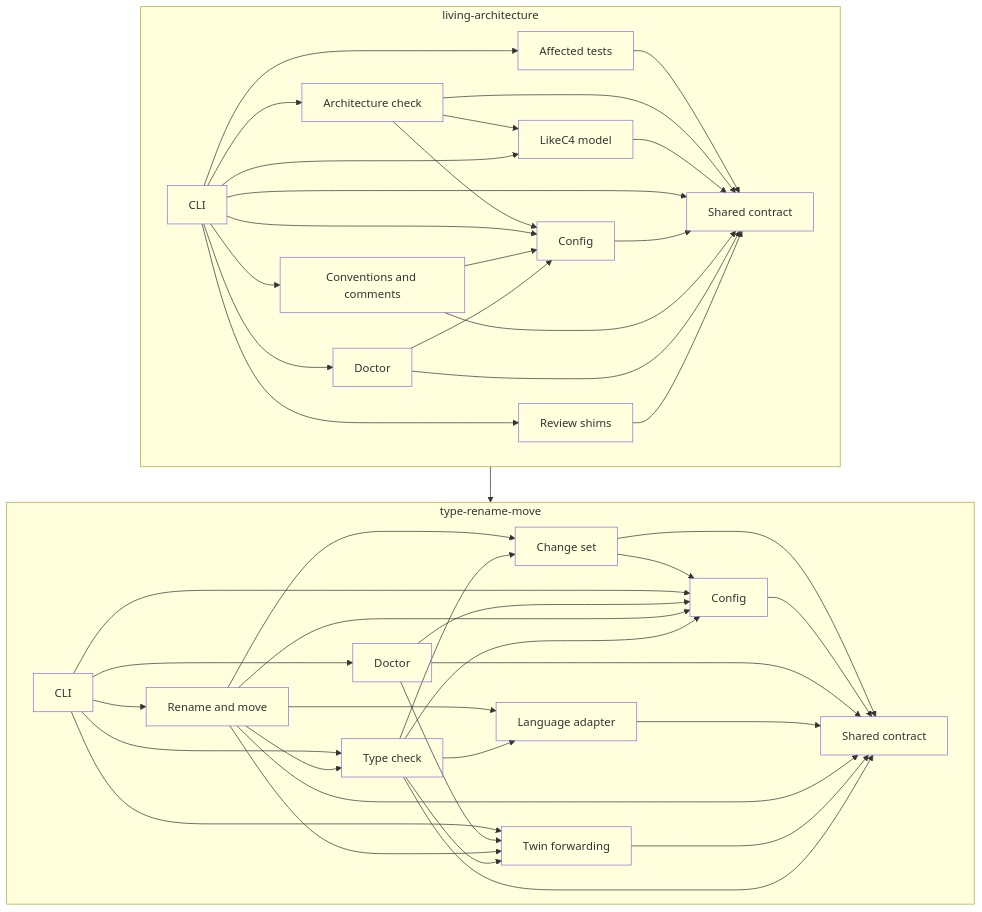
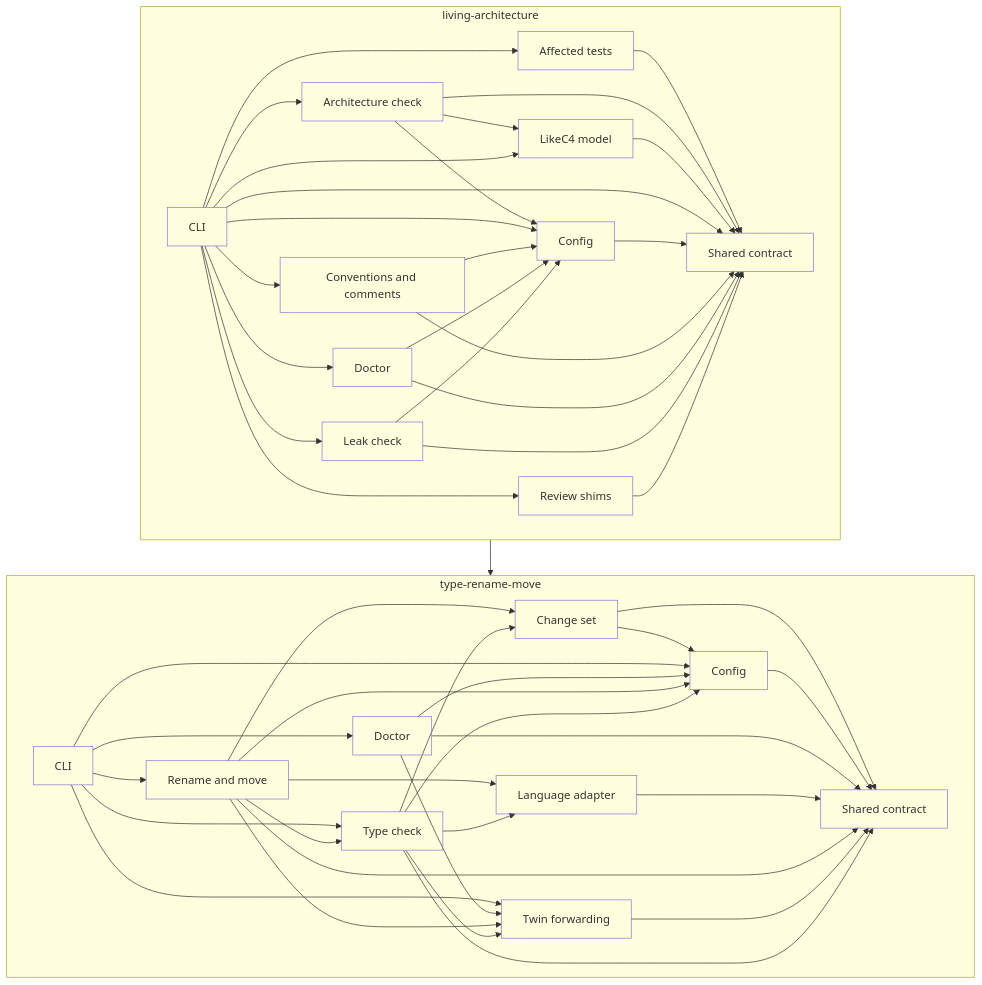
Before and after one commit to MotleyAI/living-architecture: the first of 2 diagrams in architecture/system.arc42.md, drawn with Mermaid. The commit also changed other lines of this file and 136 other files, not shown here.

````diff
--- a/architecture/system.arc42.md
+++ b/architecture/system.arc42.md
@@ -15,72 +15,76 @@
 ```mermaid
 flowchart TD
   %% system: Living-architecture commands
   subgraph trmv["type-rename-move"]
     trmv__contract["Shared contract"]
     trmv__config["Config"]
     trmv__lang["Language adapter"]
     trmv__twin["Twin forwarding"]
     trmv__changes["Change set"]
     trmv__typecheck["Type check"]
     trmv__refactor["Rename and move"]
     trmv__doctor["Doctor"]
     trmv__cli["CLI"]
   end
   subgraph la["living-architecture"]
     la__contract["Shared contract"]
     la__config["Config"]
     la__cli["CLI"]
     la__c4["LikeC4 model"]
     la__archcheck["Architecture check"]
     la__conventions["Conventions and comments"]
     la__review["Review shims"]
     la__doctor["Doctor"]
     la__affected["Affected tests"]
+    la__leaks["Leak check"]
   end
   la --> trmv
   trmv__changes --> trmv__config
   trmv__changes --> trmv__contract
   trmv__cli --> trmv__config
   trmv__cli --> trmv__doctor
   trmv__cli --> trmv__refactor
   trmv__cli --> trmv__twin
   trmv__cli --> trmv__typecheck
   trmv__config --> trmv__contract
   trmv__doctor --> trmv__config
   trmv__doctor --> trmv__contract
   trmv__doctor --> trmv__twin
   trmv__lang --> trmv__contract
   trmv__refactor --> trmv__changes
   trmv__refactor --> trmv__config
   trmv__refactor --> trmv__contract
   trmv__refactor --> trmv__lang
   trmv__refactor --> trmv__twin
   trmv__refactor --> trmv__typecheck
   trmv__twin --> trmv__contract
   trmv__typecheck --> trmv__changes
   trmv__typecheck --> trmv__config
   trmv__typecheck --> trmv__contract
   trmv__typecheck --> trmv__lang
   trmv__typecheck --> trmv__twin
   la__affected --> la__contract
   la__archcheck --> la__c4
   la__archcheck --> la__config
   la__archcheck --> la__contract
   la__c4 --> la__contract
   la__cli --> la__affected
   la__cli --> la__archcheck
   la__cli --> la__c4
   la__cli --> la__config
   la__cli --> la__contract
   la__cli --> la__conventions
   la__cli --> la__doctor
+  la__cli --> la__leaks
   la__cli --> la__review
   la__config --> la__contract
   la__conventions --> la__config
   la__conventions --> la__contract
   la__doctor --> la__config
   la__doctor --> la__contract
+  la__leaks --> la__config
+  la__leaks --> la__contract
   la__review --> la__contract
   classDef leaf fill:none;
-  class trmv__contract,trmv__config,trmv__lang,trmv__twin,trmv__changes,trmv__typecheck,trmv__refactor,trmv__doctor,trmv__cli,la__contract,la__config,la__cli,la__c4,la__archcheck,la__conventions,la__review,la__doctor,la__affected leaf;
+  class trmv__contract,trmv__config,trmv__lang,trmv__twin,trmv__changes,trmv__typecheck,trmv__refactor,trmv__doctor,trmv__cli,la__contract,la__config,la__cli,la__c4,la__archcheck,la__conventions,la__review,la__doctor,la__affected,la__leaks leaf;
 ```
````
